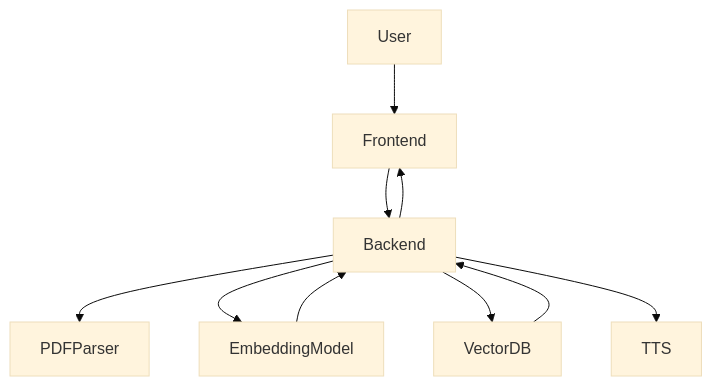
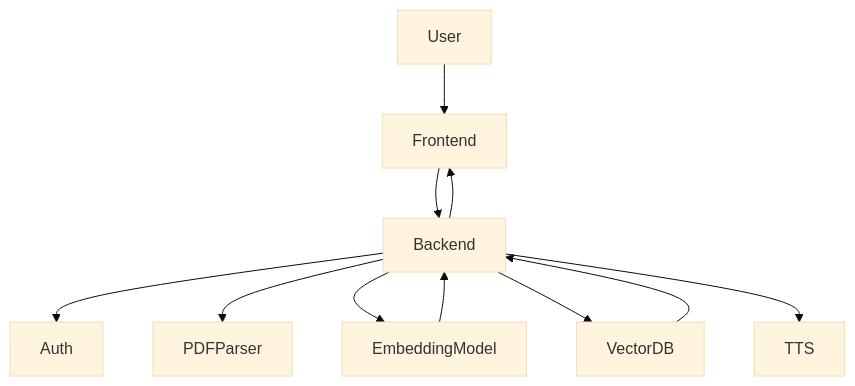
One commit to Mayukh-Jain/Academia.ai changed the diagram in README.md. Above: the diagram before and after it, drawn with Mermaid (base theme). The commit also changed other lines of this file and 6 other files, not shown here.

````diff
--- a/README.md
+++ b/README.md
@@ -121,15 +150,16 @@
 ```mermaid
 graph TD
     User --> Frontend
     Frontend --> Backend
 
+    Backend --> Auth
     Backend --> PDFParser
     Backend --> EmbeddingModel
     Backend --> VectorDB
 
     VectorDB --> Backend
     EmbeddingModel --> Backend
 
     Backend --> TTS
     Backend --> Frontend
 ```
````
